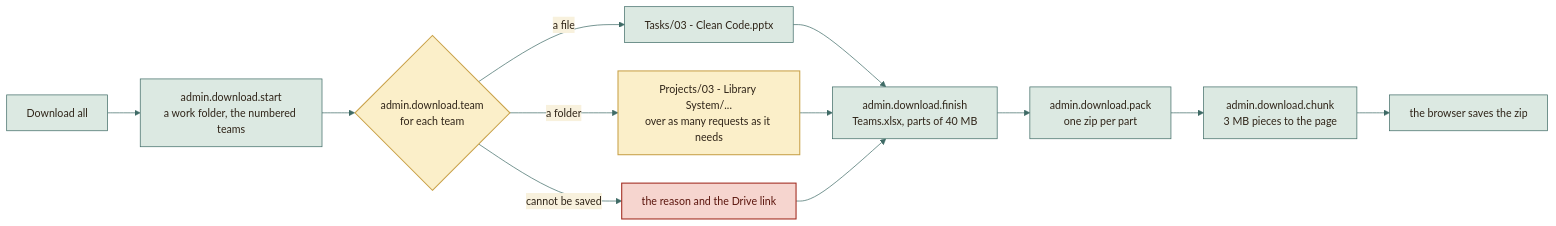
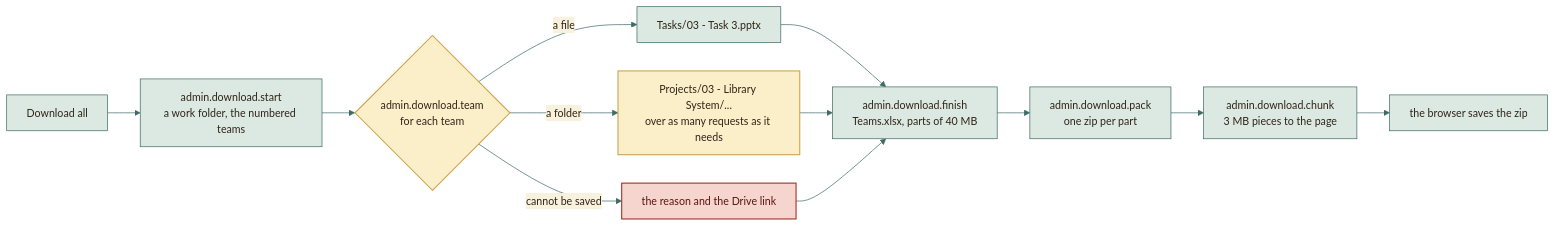
Diagram 12 of 12 in docs/architecture/ARCHITECTURE.md (moyeh04/forms-platform), drawn with Mermaid before and after one commit. The commit also changed 2 other files, not shown here.

Commit message:
docs(download): Use a generic task title in the path examples
The zip path examples in the architecture and workaround pages and in
the Download.gs comment read "Tasks/03 - Task 3".

````diff
--- a/docs/architecture/ARCHITECTURE.md
+++ b/docs/architecture/ARCHITECTURE.md
@@ -811,45 +811,45 @@
 ```mermaid
 %%{init: {
   'theme': 'base',
   'themeVariables': {
     'fontFamily': 'ui-sans-serif, system-ui, -apple-system, Segoe UI, Roboto, sans-serif',
     'fontSize': '15px',
     'primaryColor': '#DCE9E2', 'primaryBorderColor': '#3F6B66', 'primaryTextColor': '#2F2418',
     'secondaryColor': '#F0E4C8', 'secondaryBorderColor': '#C9A24A', 'secondaryTextColor': '#2F2418',
     'tertiaryColor': '#F6EFDC', 'tertiaryBorderColor': '#CDBB94', 'tertiaryTextColor': '#2F2418',
     'lineColor': '#3F6B66', 'textColor': '#2F2418', 'mainBkg': '#DCE9E2', 'nodeBorder': '#3F6B66',
     'clusterBkg': '#F6EFDC', 'clusterBorder': '#CDBB94', 'titleColor': '#2F2418',
     'edgeLabelBackground': '#F8F1DD',
     'actorBkg': '#DCE9E2', 'actorBorder': '#3F6B66', 'actorTextColor': '#2F2418', 'actorLineColor': '#8FB3AB',
     'signalColor': '#477A73', 'signalTextColor': '#477A73',
     'labelBoxBkgColor': '#F0E4C8', 'labelBoxBorderColor': '#C9A24A', 'labelTextColor': '#2F2418', 'loopTextColor': '#6A5A44',
     'noteBkgColor': '#FBEFC9', 'noteBorderColor': '#C9A24A', 'noteTextColor': '#2F2418',
     'activationBkgColor': '#DCE9E2', 'activationBorderColor': '#3F6B66', 'sequenceNumberColor': '#F8F1DD',
     'transitionColor': '#3F6B66', 'stateLabelColor': '#2F2418', 'stateBkg': '#DCE9E2', 'altBackground': '#F6EFDC',
     'attributeBackgroundColorOdd': '#F8F1DD', 'attributeBackgroundColorEven': '#F0E4C8'
   },
   'flowchart': {'curve': 'basis', 'padding': 14, 'nodeSpacing': 40, 'rankSpacing': 46},
   'sequence': {'mirrorActors': false, 'messageMargin': 34, 'boxMargin': 8}
 }}%%
 flowchart LR
     A["Download all"] --> B["admin.download.start<br/>a work folder, the numbered teams"]
     B --> C{"admin.download.team<br/>for each team"}
-    C -- "a file" --> D["Tasks/03 - Clean Code.pptx"]
+    C -- "a file" --> D["Tasks/03 - Task 3.pptx"]
     C -- "a folder" --> E["Projects/03 - Library System/...<br/>over as many requests as it needs"]
     C -- "cannot be saved" --> F["the reason and the Drive link"]
     D --> G["admin.download.finish<br/>Teams.xlsx, parts of 40 MB"]
     E --> G
     F --> G
     G --> H["admin.download.pack<br/>one zip per part"]
     H --> I["admin.download.chunk<br/>3 MB pieces to the page"]
     I --> J["the browser saves the zip"]
     classDef cDb fill:#F3E2B3,stroke:#B8892D,stroke-width:1.5px,color:#2F2418
     classDef cActor fill:#F4D9D3,stroke:#9A3328,stroke-width:1.5px,color:#2F2418
     classDef cDec fill:#FBEFC9,stroke:#C9A24A,stroke-width:1.5px,color:#2F2418
     classDef cEnd fill:#2F2418,stroke:#2F2418,color:#F8F1DD
     classDef cErr fill:#F6D5CF,stroke:#A12B1F,stroke-width:1.5px,color:#5A140C
     classDef cOk fill:#BFD9CF,stroke:#2E5A55,stroke-width:1.5px,color:#17302D
     class E cDec
     class C cDec
     class F cErr
 ```
````
